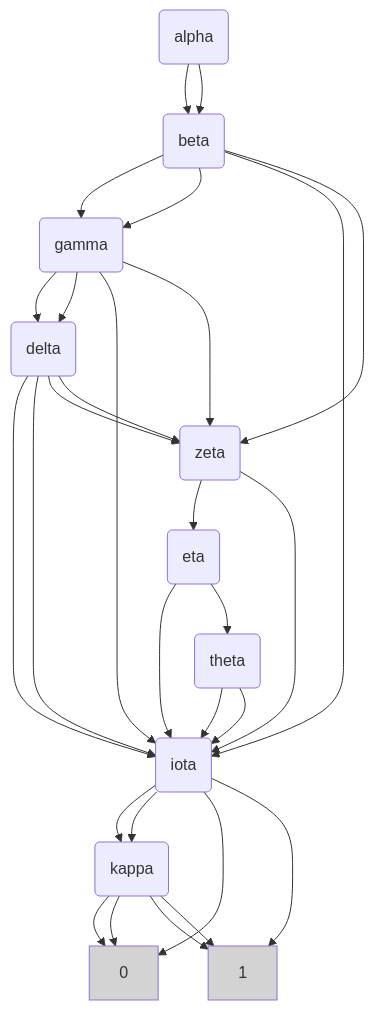
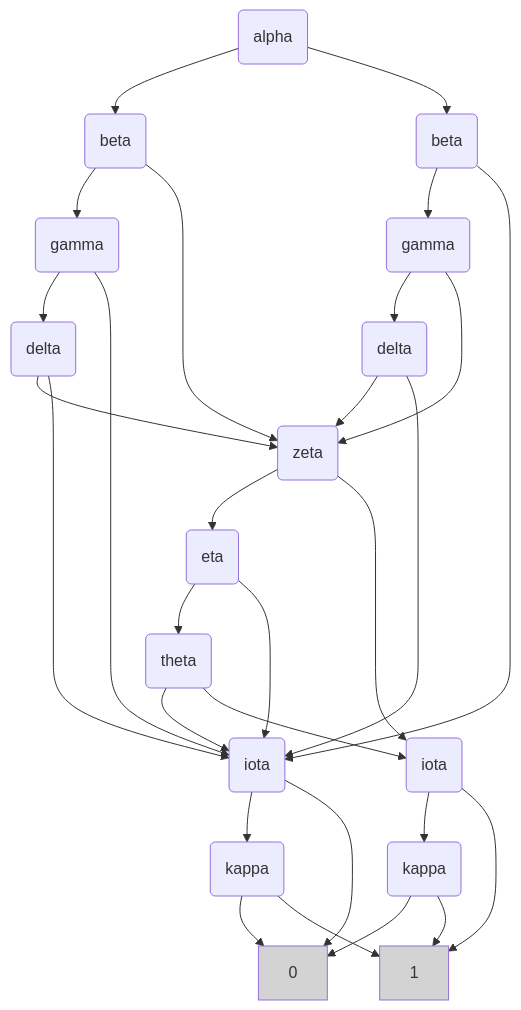
The diagram in samples/expression_bdd_mermaid/deep_all_ops.md (Alan-Jowett/dagir), drawn with Mermaid before and after one commit. The commit also changed 86 other files, not shown here.

````diff
--- a/samples/expression_bdd_mermaid/deep_all_ops.md
+++ b/samples/expression_bdd_mermaid/deep_all_ops.md
@@ -1,49 +1,49 @@
 ```mermaid
 graph TB
-  alpha("alpha")
-  beta("beta")
-  beta("beta")
-  delta("delta")
-  delta("delta")
-  eta("eta")
-  gamma("gamma")
-  gamma("gamma")
-  iota("iota")
-  iota("iota")
-  kappa("kappa")
-  kappa("kappa")
-  node15["0"]
-  style node15 fill:lightgray
-  node16["1"]
-  style node16 fill:lightgray
-  theta("theta")
-  zeta("zeta")
-  alpha --> beta
-  alpha --> beta
-  beta --> gamma
-  beta --> gamma
-  beta --> iota
-  beta --> zeta
-  delta --> iota
-  delta --> iota
-  delta --> zeta
-  delta --> zeta
-  eta --> iota
-  eta --> theta
-  gamma --> delta
-  gamma --> delta
-  gamma --> iota
-  gamma --> zeta
-  iota --> kappa
-  iota --> kappa
-  iota --> node15
-  iota --> node16
-  kappa --> node15
-  kappa --> node15
-  kappa --> node16
-  kappa --> node16
-  theta --> iota
-  theta --> iota
-  zeta --> eta
-  zeta --> iota
+  node000("alpha")
+  node001("beta")
+  node002("beta")
+  node003("gamma")
+  node004("gamma")
+  node005("delta")
+  node006("delta")
+  node007("zeta")
+  node008("eta")
+  node009("theta")
+  node010("iota")
+  node011("iota")
+  node012("kappa")
+  node013("kappa")
+  node014["0"]
+  style node014 fill:lightgray
+  node015["1"]
+  style node015 fill:lightgray
+  node000 --> node001
+  node000 --> node002
+  node001 --> node003
+  node001 --> node007
+  node002 --> node004
+  node002 --> node010
+  node003 --> node005
+  node003 --> node010
+  node004 --> node006
+  node004 --> node007
+  node005 --> node007
+  node005 --> node010
+  node006 --> node007
+  node006 --> node010
+  node007 --> node008
+  node007 --> node011
+  node008 --> node009
+  node008 --> node010
+  node009 --> node010
+  node009 --> node011
+  node010 --> node012
+  node010 --> node014
+  node011 --> node013
+  node011 --> node015
+  node012 --> node014
+  node012 --> node015
+  node013 --> node014
+  node013 --> node015
 ```
````
